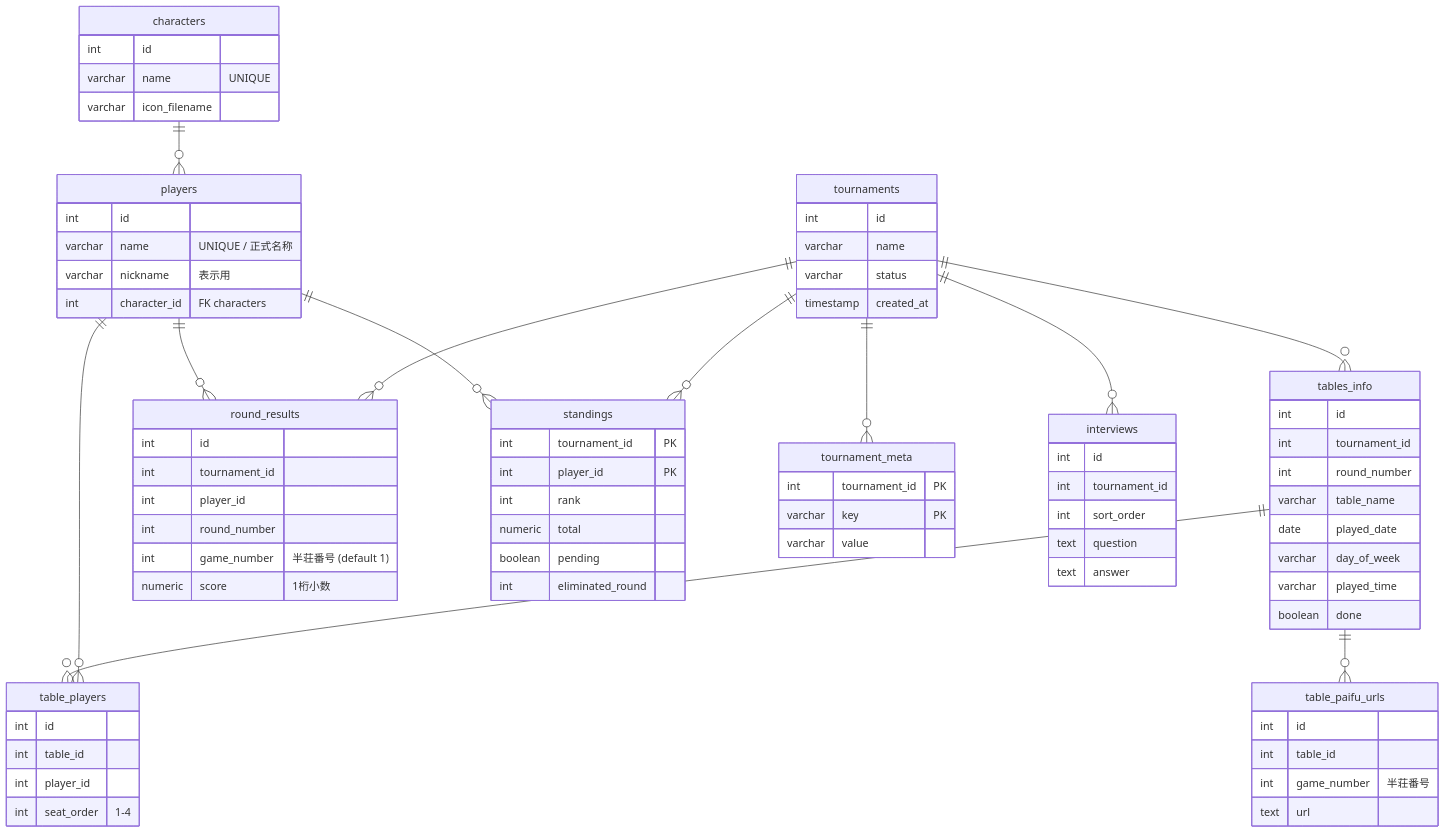
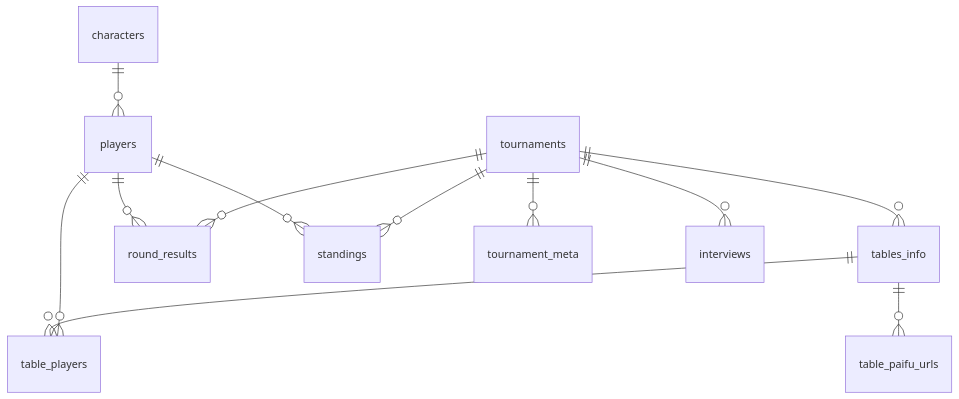
One commit to aokyun1031/jantama_records_dev changed the diagram in docs/database.md. Above: the diagram before and after it, drawn with Mermaid. The commit also changed other lines of this file and 44 other files, not shown here.

````diff
--- a/docs/database.md
+++ b/docs/database.md
@@ -22,82 +25,14 @@
 ```mermaid
 erDiagram
     tournaments ||--o{ tables_info      : ""
     tournaments ||--o{ round_results    : ""
     tournaments ||--o{ standings        : ""
     tournaments ||--o{ tournament_meta  : ""
     tournaments ||--o{ interviews       : ""
     players     ||--o{ round_results    : ""
     players     ||--o{ standings        : ""
     players     ||--o{ table_players    : ""
     tables_info ||--o{ table_players    : ""
     tables_info ||--o{ table_paifu_urls : ""
     characters  ||--o{ players          : ""
-
-    tournaments {
-        int      id
-        varchar  name
-        varchar  status
-        timestamp created_at
-    }
-    players {
-        int     id
-        varchar name          "UNIQUE / 正式名称"
-        varchar nickname      "表示用"
-        int     character_id  "FK characters"
-    }
-    characters {
-        int     id
-        varchar name          "UNIQUE"
-        varchar icon_filename
-    }
-    tables_info {
-        int     id
-        int     tournament_id
-        int     round_number
-        varchar table_name
-        date    played_date
-        varchar day_of_week
-        varchar played_time
-        boolean done
-    }
-    table_players {
-        int id
-        int table_id
-        int player_id
-        int seat_order    "1-4"
-    }
-    table_paifu_urls {
-        int  id
-        int  table_id
-        int  game_number  "半荘番号"
-        text url
-    }
-    round_results {
-        int     id
-        int     tournament_id
-        int     player_id
-        int     round_number
-        int     game_number   "半荘番号 (default 1)"
-        numeric score         "1桁小数"
-    }
-    standings {
-        int     tournament_id "PK"
-        int     player_id     "PK"
-        int     rank
-        numeric total
-        boolean pending
-        int     eliminated_round
-    }
-    tournament_meta {
-        int     tournament_id "PK"
-        varchar key           "PK"
-        varchar value
-    }
-    interviews {
-        int  id
-        int  tournament_id
-        int  sort_order
-        text question
-        text answer
-    }
 ```
````
